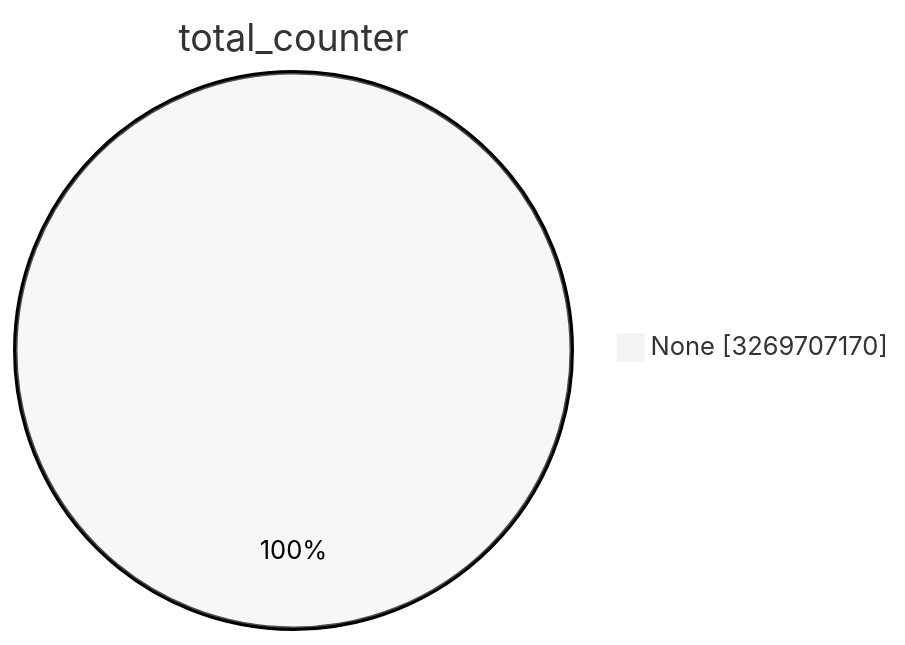
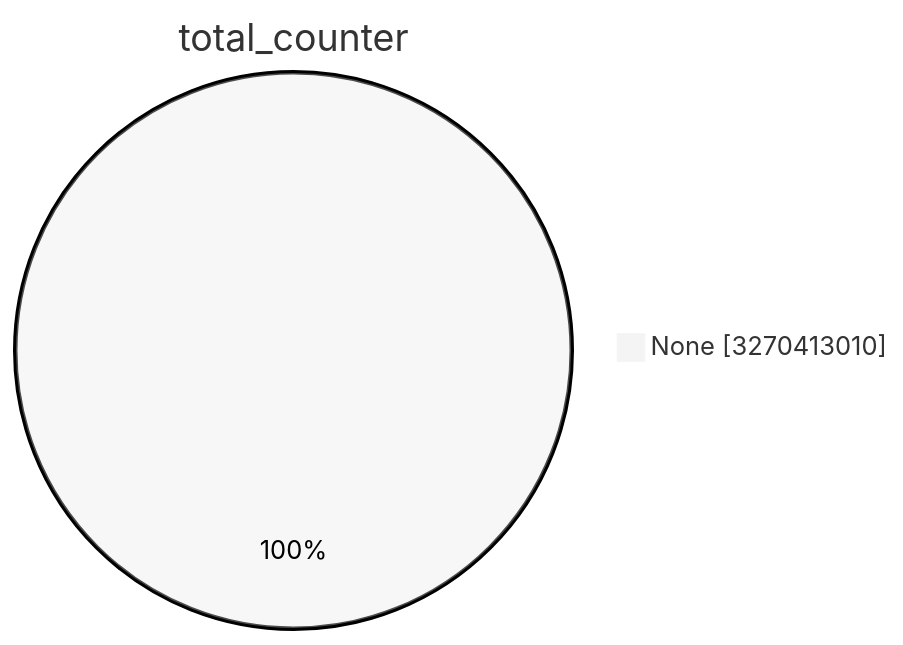
Before and after one commit to christiankrug/ctmonitor_visualization: the first of 15 diagrams in TOTAL/README.md, drawn with Mermaid (neutral theme). The commit also changed other lines of this file, not shown here.

````diff
--- a/TOTAL/README.md
+++ b/TOTAL/README.md
@@ -1,5 +1,5 @@
 ```mermaid
 pie showData
 title total_counter
-"None" :3269707170
+"None" :3270413010
 ```
````
